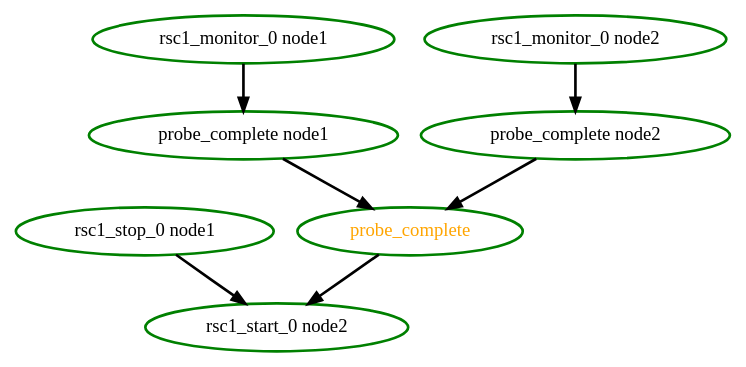
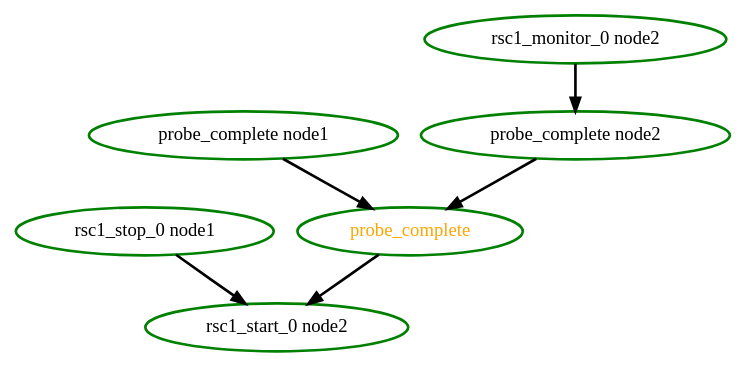
The diagram in crm/pengine/testcases/rec-rsc-1.dot (richiewen8/heartbeat), drawn with Graphviz before and after one commit. The commit also changed 20 other files, not shown here.

First line of the commit message:
Fix the ordering of stonith actions for Peter Kruse - stopping partially failed groups before the stonith was creating a loop   in the TE graph Avoid some unnecessary stop actions that made resources look active when   they weren't

```diff
--- a/crm/pengine/testcases/rec-rsc-1.dot
+++ b/crm/pengine/testcases/rec-rsc-1.dot
@@ -1,16 +1,14 @@
 digraph "g" {
 	size = "30,30"
 "rsc1_start_0 node2" [ style=bold color="green" fontcolor="black" ]
 "rsc1_stop_0 node1" [ style=bold color="green" fontcolor="black" ]
 "probe_complete" [ style=bold color="green" fontcolor="orange" ]
 "probe_complete node1" [ style=bold color="green" fontcolor="black" ]
-"rsc1_monitor_0 node1" [ style=bold color="green" fontcolor="black" ]
 "probe_complete node2" [ style=bold color="green" fontcolor="black" ]
 "rsc1_monitor_0 node2" [ style=bold color="green" fontcolor="black" ]
 "rsc1_stop_0 node1" -> "rsc1_start_0 node2" [ style = bold]
 "probe_complete" -> "rsc1_start_0 node2" [ style = bold]
 "probe_complete node1" -> "probe_complete" [ style = bold]
 "probe_complete node2" -> "probe_complete" [ style = bold]
-"rsc1_monitor_0 node1" -> "probe_complete node1" [ style = bold]
 "rsc1_monitor_0 node2" -> "probe_complete node2" [ style = bold]
 }
```
